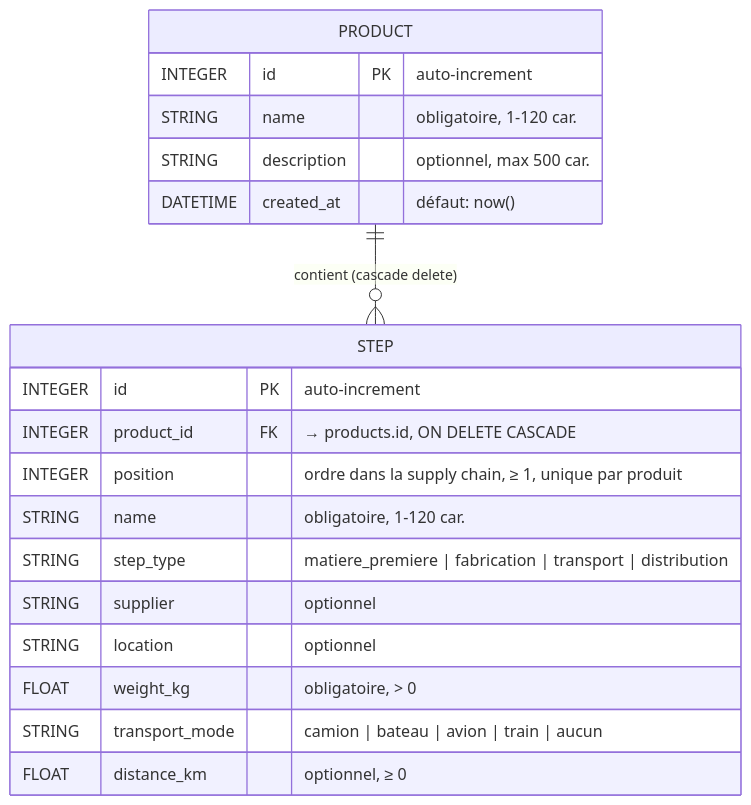
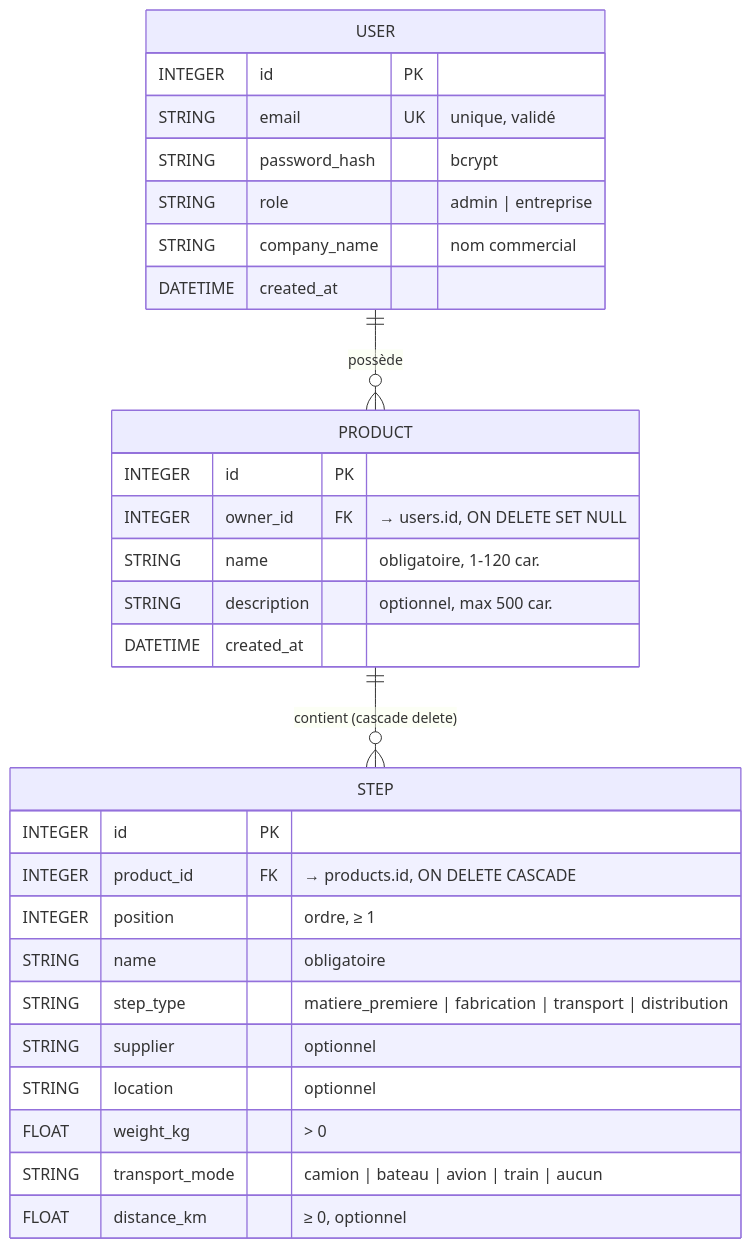
Before and after one commit to MaxanceV/tnsi_greenpath: the diagram in README.md, drawn with Mermaid. The commit also changed other lines of this file and 34 other files, not shown here.

````diff
--- a/README.md
+++ b/README.md
@@ -36,24 +38,35 @@
 ```mermaid
 erDiagram
+    USER ||--o{ PRODUCT : "possède"
     PRODUCT ||--o{ STEP : "contient (cascade delete)"
 
+    USER {
+        INTEGER id PK
+        STRING email UK "unique, validé"
+        STRING password_hash "bcrypt"
+        STRING role "admin | entreprise"
+        STRING company_name "nom commercial"
+        DATETIME created_at
+    }
+
     PRODUCT {
-        INTEGER id PK "auto-increment"
+        INTEGER id PK
+        INTEGER owner_id FK "→ users.id, ON DELETE SET NULL"
         STRING name "obligatoire, 1-120 car."
         STRING description "optionnel, max 500 car."
-        DATETIME created_at "défaut: now()"
+        DATETIME created_at
     }
 
     STEP {
-        INTEGER id PK "auto-increment"
+        INTEGER id PK
         INTEGER product_id FK "→ products.id, ON DELETE CASCADE"
-        INTEGER position "ordre dans la supply chain, ≥ 1, unique par produit"
-        STRING name "obligatoire, 1-120 car."
+        INTEGER position "ordre, ≥ 1"
+        STRING name "obligatoire"
         STRING step_type "matiere_premiere | fabrication | transport | distribution"
         STRING supplier "optionnel"
         STRING location "optionnel"
-        FLOAT weight_kg "obligatoire, > 0"
+        FLOAT weight_kg "> 0"
         STRING transport_mode "camion | bateau | avion | train | aucun"
-        FLOAT distance_km "optionnel, ≥ 0"
+        FLOAT distance_km "≥ 0, optionnel"
     }
 ```
````
